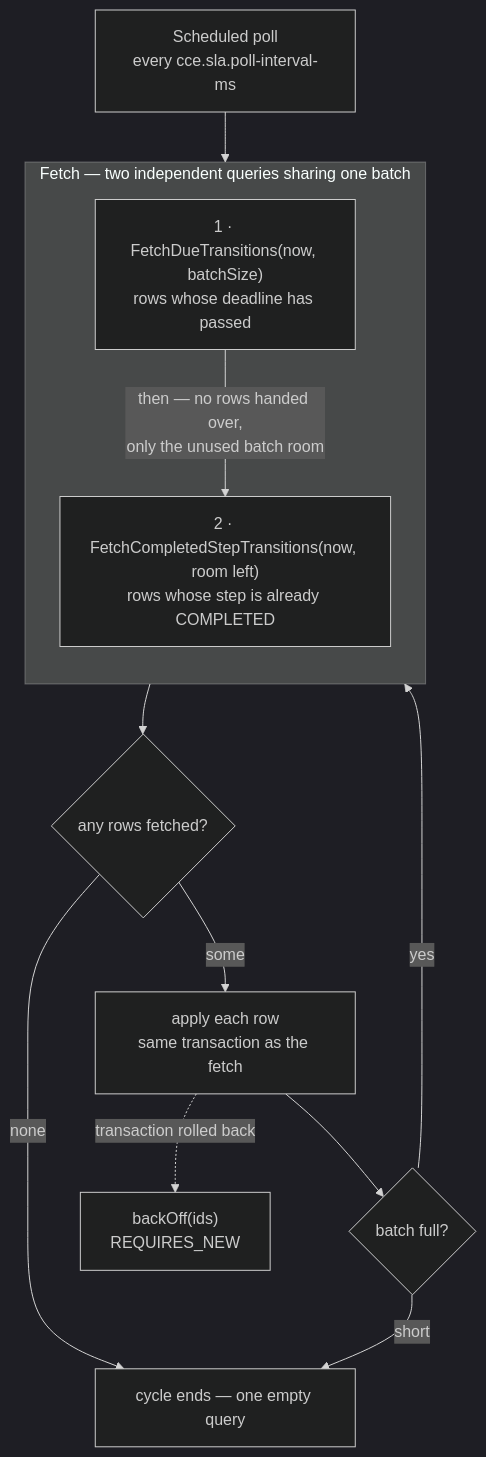
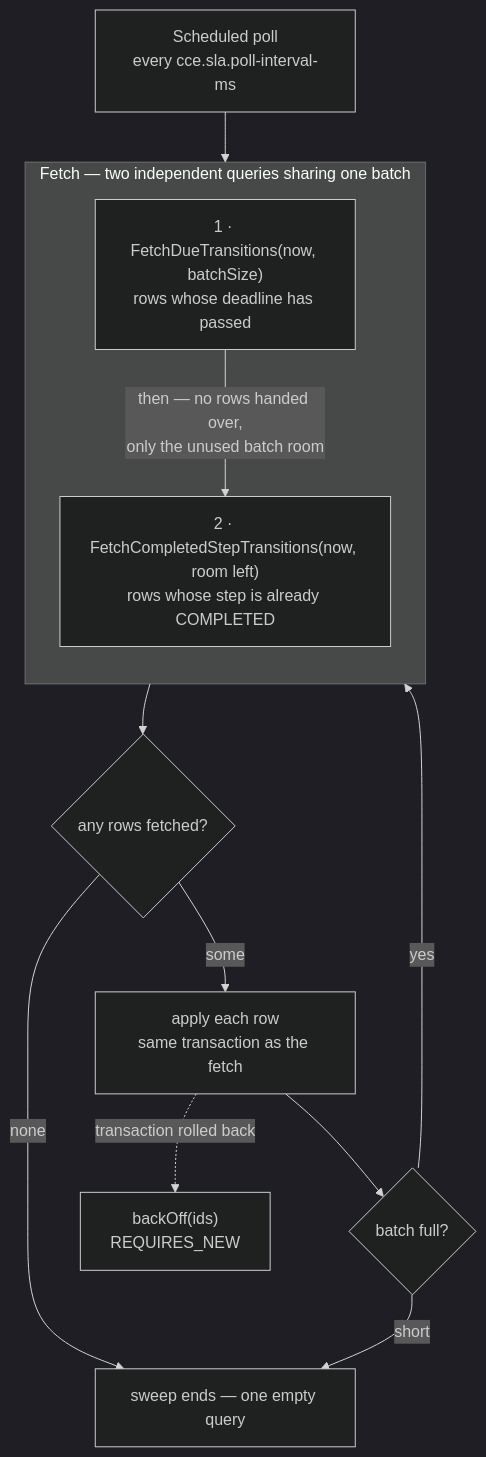
One commit to Jayaprakash8887/cce-step-sla-service changed the first of 2 diagrams in docs/architecture-overview.md. Above: the diagram before and after it, drawn with Mermaid (dark theme). The commit also changed other lines of this file and 1 other file, not shown here.

First line of the commit message:
Document the on-time sweep

````diff
--- a/docs/architecture-overview.md
+++ b/docs/architecture-overview.md
@@ -49,19 +57,19 @@
 ```mermaid
 flowchart TD
     S["Scheduled poll<br/>every cce.sla.poll-interval-ms"] --> D
 
     subgraph FETCH["Fetch — two independent queries sharing one batch"]
         direction TB
         D["1 · FetchDueTransitions(now, batchSize)<br/>rows whose deadline has passed"]
         C["2 · FetchCompletedStepTransitions(now, room left)<br/>rows whose step is already COMPLETED"]
         D -->|"then — no rows handed over,<br/>only the unused batch room"| C
     end
 
     C --> E{"any rows fetched?"}
-    E -->|"none"| Z["cycle ends — one empty query"]
+    E -->|"none"| Z["sweep ends — one empty query"]
     E -->|"some"| A["apply each row<br/>same transaction as the fetch"]
     A --> F{"batch full?"}
     F -->|"yes"| D
     F -->|"short"| Z
     A -.->|"transaction rolled back"| B["backOff(ids)<br/>REQUIRES_NEW"]
 ```
````
